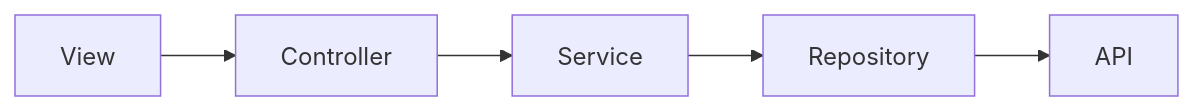
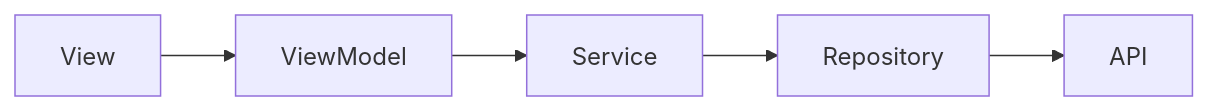
Before and after one commit to DanielSameque/Otzar: the first of 2 diagrams in otzar/.cursor/rules/documentacao.mdc, drawn with Mermaid. The commit also changed other lines of this file and 13 other files, not shown here.

````diff
--- a/otzar/.cursor/rules/documentacao.mdc
+++ b/otzar/.cursor/rules/documentacao.mdc
@@ -79,7 +78,7 @@
 ```mermaid
 flowchart LR
-    View --> Controller
-    Controller --> Service
+    View --> ViewModel
+    ViewModel --> Service
     Service --> Repository
     Repository --> API
 ```
````
